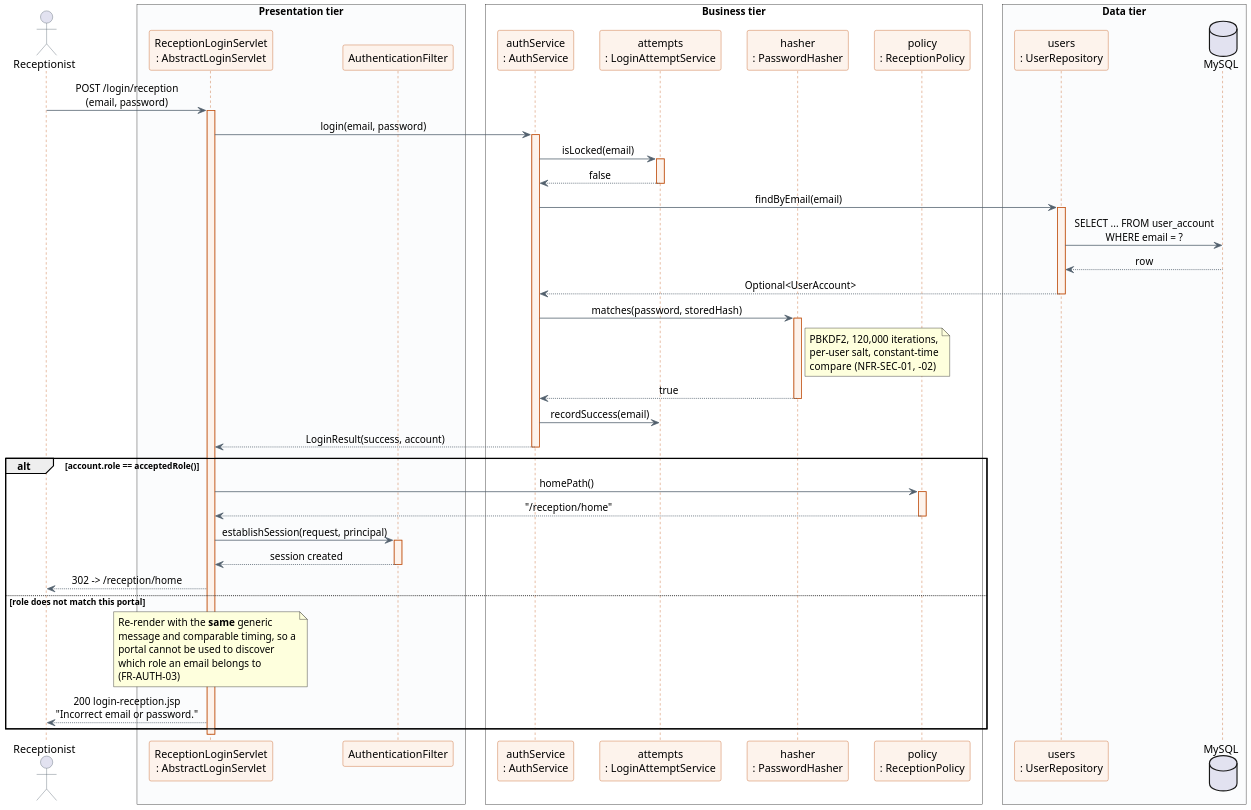
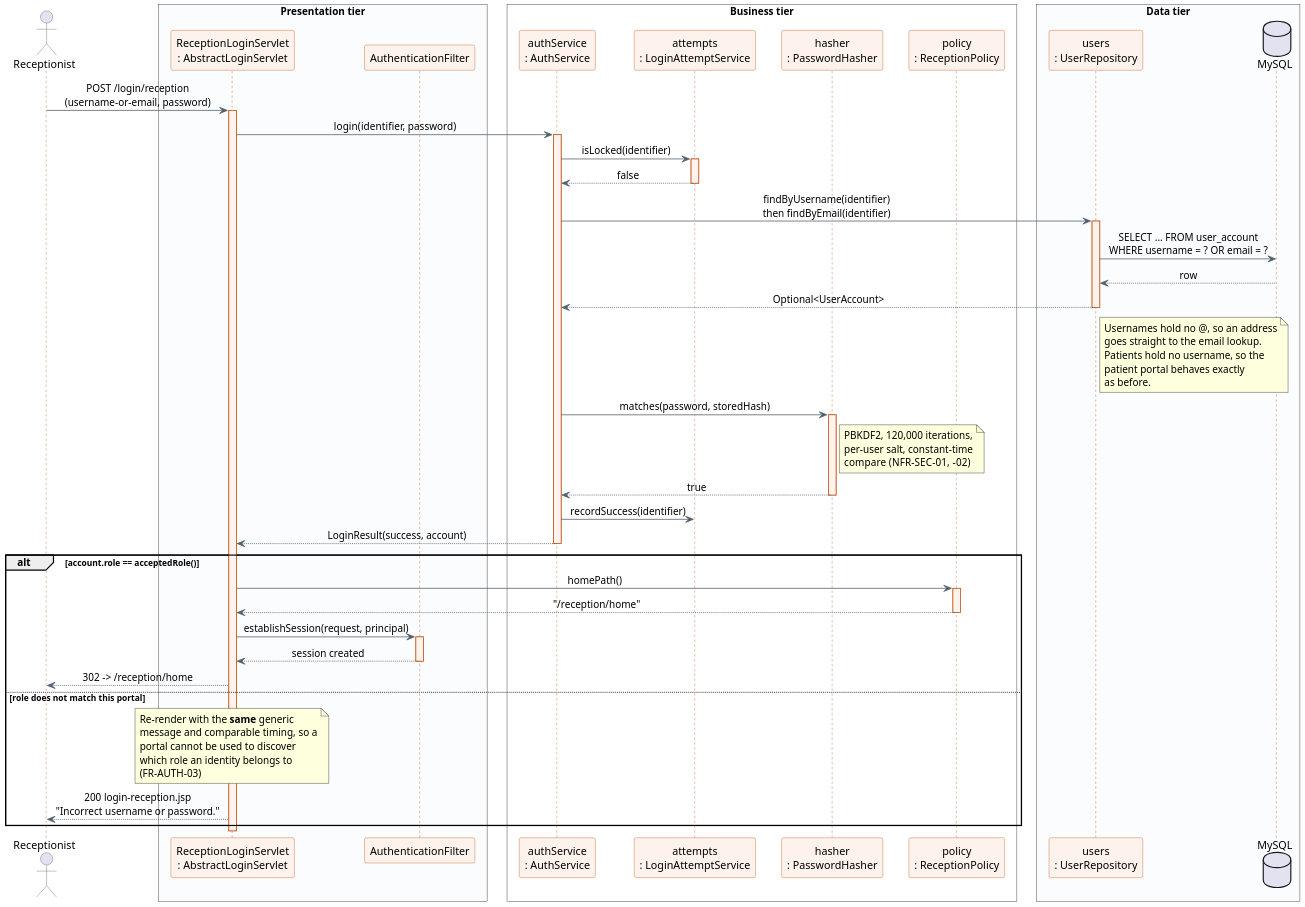
Before and after one commit to ShakyaRanasinghe/sunrise-dental-clinic: the diagram in modular/docs/sequence/1-seq-sign-in.puml, drawn with PlantUML. The commit also changed 186 other files, not shown here.

```diff
--- a/modular/docs/sequence/1-seq-sign-in.puml
+++ b/modular/docs/sequence/1-seq-sign-in.puml
@@ -1,93 +1,100 @@
 @startuml seq_sign_in
 ' Sunrise Dental Clinic - Sequence: Sign In through a role portal
 ' Source of truth: modular/docs/sequence-diagrams.md
 !pragma layout smetana
 skinparam dpi 150
 skinparam backgroundColor #FFFFFF
 skinparam shadowing false
 skinparam sequenceMessageAlign center
 skinparam maxMessageSize 220
 skinparam ParticipantPadding 12
 skinparam BoxPadding 12
 skinparam sequence {
   ArrowColor #52606D
   LifeLineBorderColor #C2571A
   LifeLineBackgroundColor #FDF3EC
   ParticipantBorderColor #C2571A
   ParticipantBackgroundColor #FDF3EC
   ActorBorderColor #52606D
 }
 
 actor "Receptionist" as U
 
 box "Presentation tier" #FBFCFD
   participant "ReceptionLoginServlet\n: AbstractLoginServlet" as SV
   participant "AuthenticationFilter" as F
 end box
 box "Business tier" #FFFFFF
   participant "authService\n: AuthService" as AS
   participant "attempts\n: LoginAttemptService" as LA
   participant "hasher\n: PasswordHasher" as PH
   participant "policy\n: ReceptionPolicy" as PL
 end box
 box "Data tier" #FBFCFD
   participant "users\n: UserRepository" as UR
   database "MySQL" as DB
 end box
 
-U -> SV : POST /login/reception\n(email, password)
+U -> SV : POST /login/reception\n(username-or-email, password)
 activate SV
 
-SV -> AS : login(email, password)
+SV -> AS : login(identifier, password)
 activate AS
 
-AS -> LA : isLocked(email)
+AS -> LA : isLocked(identifier)
 activate LA
 LA --> AS : false
 deactivate LA
 
-AS -> UR : findByEmail(email)
+AS -> UR : findByUsername(identifier)\nthen findByEmail(identifier)
 activate UR
-UR -> DB : SELECT ... FROM user_account\nWHERE email = ?
+UR -> DB : SELECT ... FROM user_account\nWHERE username = ? OR email = ?
 DB --> UR : row
 UR --> AS : Optional<UserAccount>
 deactivate UR
+note right of UR
+  Usernames hold no @, so an address
+  goes straight to the email lookup.
+  Patients hold no username, so the
+  patient portal behaves exactly
+  as before.
+end note
 
 AS -> PH : matches(password, storedHash)
 activate PH
 note right of PH
   PBKDF2, 120,000 iterations,
   per-user salt, constant-time
   compare  (NFR-SEC-01, -02)
 end note
 PH --> AS : true
 deactivate PH
 
-AS -> LA : recordSuccess(email)
+AS -> LA : recordSuccess(identifier)
 AS --> SV : LoginResult(success, account)
 deactivate AS
 
 alt account.role == acceptedRole()
   SV -> PL : homePath()
   activate PL
   PL --> SV : "/reception/home"
   deactivate PL
   SV -> F : establishSession(request, principal)
   activate F
   F --> SV : session created
   deactivate F
   SV --> U : 302 -> /reception/home
 else role does not match this portal
   note over SV
     Re-render with the **same** generic
     message and comparable timing, so a
     portal cannot be used to discover
-    which role an email belongs to
+    which role an identity belongs to
     (FR-AUTH-03)
   end note
-  SV --> U : 200 login-reception.jsp\n"Incorrect email or password."
+  SV --> U : 200 login-reception.jsp\n"Incorrect username or password."
 end
 
 deactivate SV
 
 @enduml
```
